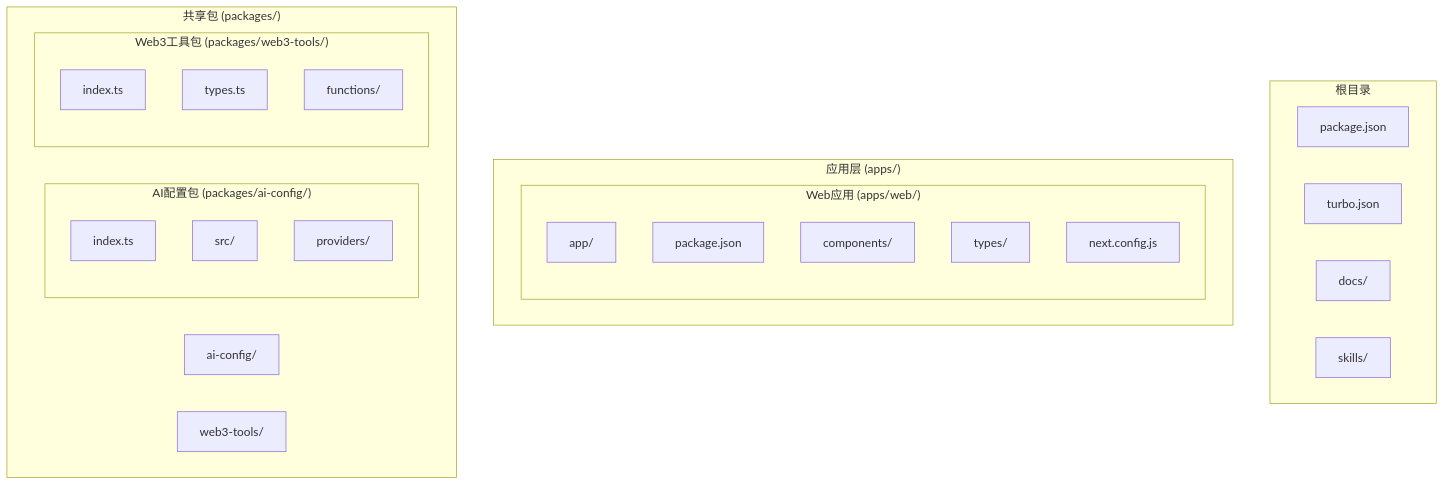
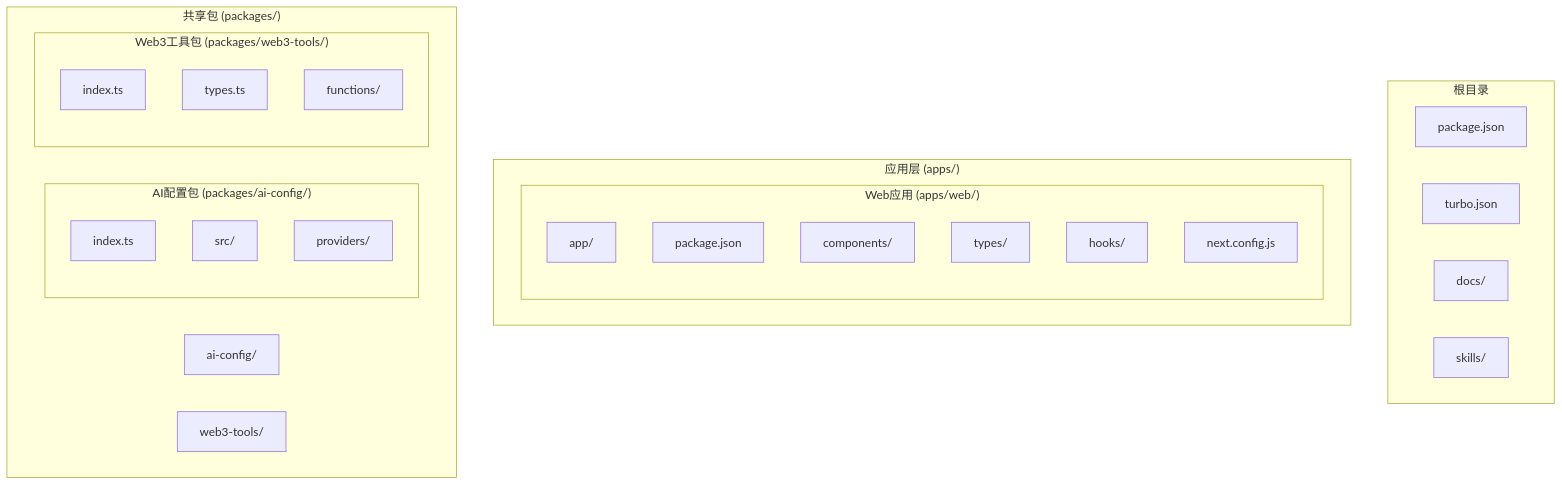
The first of 15 diagrams in .qoder/repowiki/zh/content/项目概述/整体架构概览/AI提供程序集成.md (CryptoLinxu/Web3-AI-Agent), drawn with Mermaid before and after one commit. The commit also changed other lines of this file and 5 other files, not shown here.

````diff
--- a/.qoder/repowiki/zh/content/项目概述/整体架构概览/AI提供程序集成.md
+++ b/.qoder/repowiki/zh/content/项目概述/整体架构概览/AI提供程序集成.md
@@ -71,33 +79,34 @@
 ```mermaid
 graph TB
 subgraph "根目录"
 Root[package.json]
 Turbo[turbo.json]
 Docs[docs/]
 Skills[skills/]
 end
 subgraph "应用层 (apps/)"
 WebApp[web/]
 subgraph "Web应用 (apps/web/)"
 WebPackage[package.json]
 WebApp[app/]
 WebComponents[components/]
 WebTypes[types/]
+WebHooks[hooks/]
 WebConfig[next.config.js]
 end
 end
 subgraph "共享包 (packages/)"
 AIConfig[ai-config/]
 Web3Tools[web3-tools/]
 subgraph "AI配置包 (packages/ai-config/)"
 AIIndex[index.ts]
 AIConfigSrc[src/]
 AIProviders[providers/]
 end
 subgraph "Web3工具包 (packages/web3-tools/)"
 WTIndex[index.ts]
 WTTypes[types.ts]
 WTFunctions[functions/]
 end
 end
 ```
````
